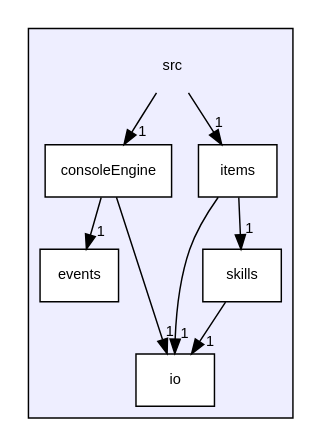
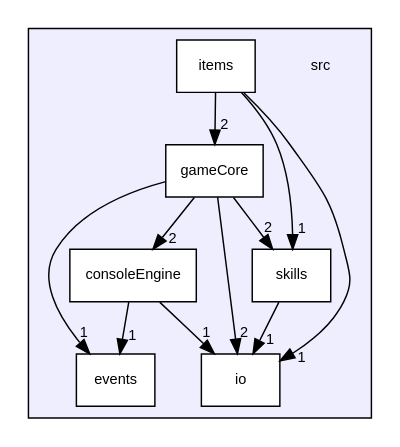
The diagram in dir_68267d1309a1af8e8297ef4c3efbcdba_dep.dot (Wisteca/FilRougeDoc), drawn with Graphviz before and after one commit. The commit also changed 287 other files, not shown here.

```diff
--- a/dir_68267d1309a1af8e8297ef4c3efbcdba_dep.dot
+++ b/dir_68267d1309a1af8e8297ef4c3efbcdba_dep.dot
@@ -1,21 +1,25 @@
 digraph "src" {
   compound=true
   node [ fontsize="10", fontname="Helvetica"];
   edge [ labelfontsize="10", labelfontname="Helvetica"];
   subgraph clusterdir_68267d1309a1af8e8297ef4c3efbcdba {
     graph [ bgcolor="#eeeeff", pencolor="black", label="" URL="dir_68267d1309a1af8e8297ef4c3efbcdba.html"];
     dir_68267d1309a1af8e8297ef4c3efbcdba [shape=plaintext label="src"];
   dir_5a265d8a0feef7fed69ba92aa1265b3e [shape=box label="consoleEngine" fillcolor="white" style="filled" URL="dir_5a265d8a0feef7fed69ba92aa1265b3e.html"];
   dir_14e1e259e8275dc0c459acef3bbf05ae [shape=box label="events" fillcolor="white" style="filled" URL="dir_14e1e259e8275dc0c459acef3bbf05ae.html"];
+  dir_6f4c0978ff3438ba88815611a39f4c2d [shape=box label="gameCore" fillcolor="white" style="filled" URL="dir_6f4c0978ff3438ba88815611a39f4c2d.html"];
   dir_c184e51c84f2c3f0345bbc8a0d75d3e1 [shape=box label="io" fillcolor="white" style="filled" URL="dir_c184e51c84f2c3f0345bbc8a0d75d3e1.html"];
   dir_17cee08e17148530a7aedf85f92ee362 [shape=box label="items" fillcolor="white" style="filled" URL="dir_17cee08e17148530a7aedf85f92ee362.html"];
   dir_d702b1830c517f66a168af5170d68148 [shape=box label="skills" fillcolor="white" style="filled" URL="dir_d702b1830c517f66a168af5170d68148.html"];
   }
-  dir_68267d1309a1af8e8297ef4c3efbcdba->dir_17cee08e17148530a7aedf85f92ee362 [headlabel="1", labeldistance=1.5 headhref="dir_000000_000004.html"];
-  dir_68267d1309a1af8e8297ef4c3efbcdba->dir_5a265d8a0feef7fed69ba92aa1265b3e [headlabel="1", labeldistance=1.5 headhref="dir_000000_000001.html"];
-  dir_17cee08e17148530a7aedf85f92ee362->dir_c184e51c84f2c3f0345bbc8a0d75d3e1 [headlabel="1", labeldistance=1.5 headhref="dir_000004_000003.html"];
-  dir_17cee08e17148530a7aedf85f92ee362->dir_d702b1830c517f66a168af5170d68148 [headlabel="1", labeldistance=1.5 headhref="dir_000004_000005.html"];
+  dir_6f4c0978ff3438ba88815611a39f4c2d->dir_14e1e259e8275dc0c459acef3bbf05ae [headlabel="1", labeldistance=1.5 headhref="dir_000003_000002.html"];
+  dir_6f4c0978ff3438ba88815611a39f4c2d->dir_5a265d8a0feef7fed69ba92aa1265b3e [headlabel="2", labeldistance=1.5 headhref="dir_000003_000001.html"];
+  dir_6f4c0978ff3438ba88815611a39f4c2d->dir_c184e51c84f2c3f0345bbc8a0d75d3e1 [headlabel="2", labeldistance=1.5 headhref="dir_000003_000004.html"];
+  dir_6f4c0978ff3438ba88815611a39f4c2d->dir_d702b1830c517f66a168af5170d68148 [headlabel="2", labeldistance=1.5 headhref="dir_000003_000006.html"];
+  dir_17cee08e17148530a7aedf85f92ee362->dir_6f4c0978ff3438ba88815611a39f4c2d [headlabel="2", labeldistance=1.5 headhref="dir_000005_000003.html"];
+  dir_17cee08e17148530a7aedf85f92ee362->dir_c184e51c84f2c3f0345bbc8a0d75d3e1 [headlabel="1", labeldistance=1.5 headhref="dir_000005_000004.html"];
+  dir_17cee08e17148530a7aedf85f92ee362->dir_d702b1830c517f66a168af5170d68148 [headlabel="1", labeldistance=1.5 headhref="dir_000005_000006.html"];
   dir_5a265d8a0feef7fed69ba92aa1265b3e->dir_14e1e259e8275dc0c459acef3bbf05ae [headlabel="1", labeldistance=1.5 headhref="dir_000001_000002.html"];
-  dir_5a265d8a0feef7fed69ba92aa1265b3e->dir_c184e51c84f2c3f0345bbc8a0d75d3e1 [headlabel="1", labeldistance=1.5 headhref="dir_000001_000003.html"];
-  dir_d702b1830c517f66a168af5170d68148->dir_c184e51c84f2c3f0345bbc8a0d75d3e1 [headlabel="1", labeldistance=1.5 headhref="dir_000005_000003.html"];
+  dir_5a265d8a0feef7fed69ba92aa1265b3e->dir_c184e51c84f2c3f0345bbc8a0d75d3e1 [headlabel="1", labeldistance=1.5 headhref="dir_000001_000004.html"];
+  dir_d702b1830c517f66a168af5170d68148->dir_c184e51c84f2c3f0345bbc8a0d75d3e1 [headlabel="1", labeldistance=1.5 headhref="dir_000006_000004.html"];
 }
```
